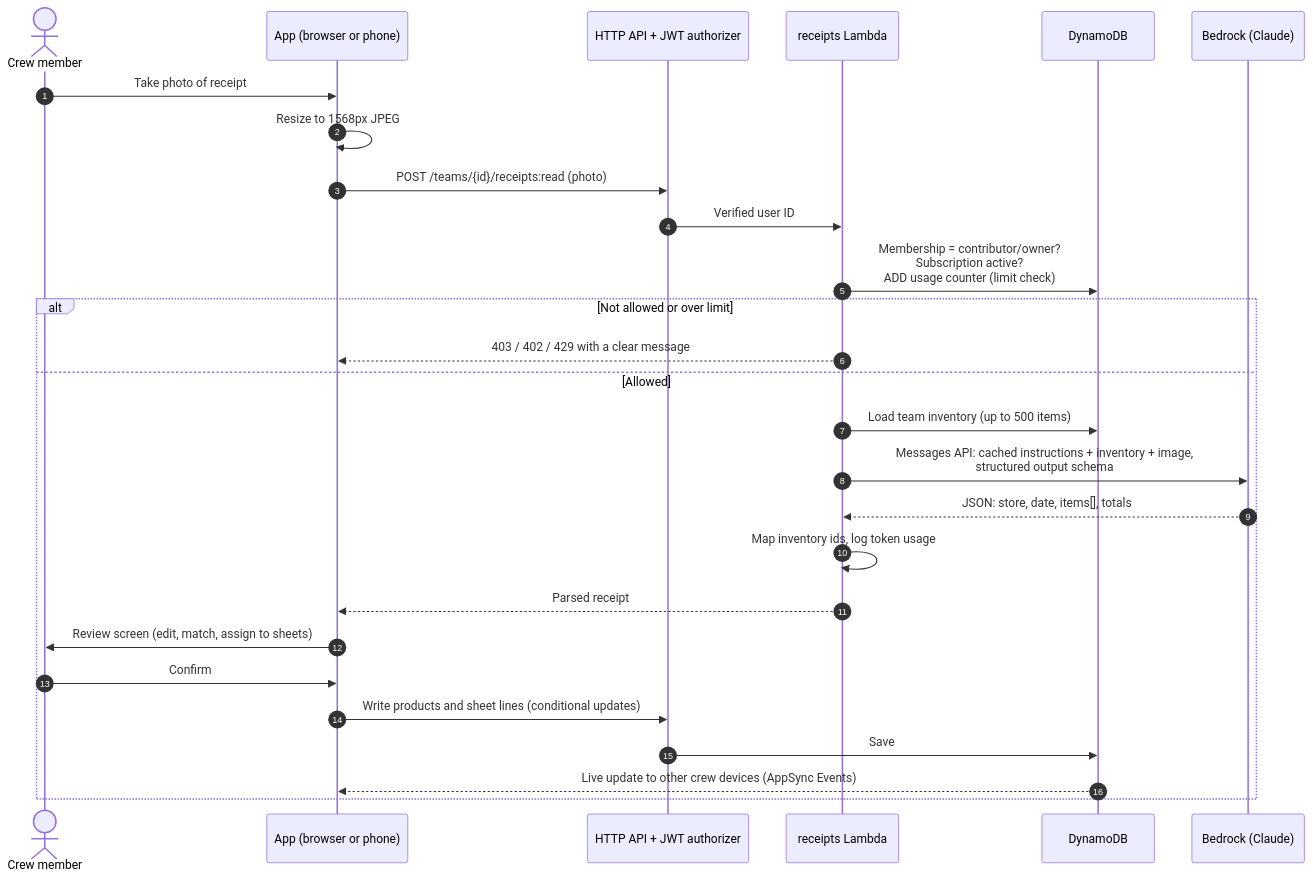
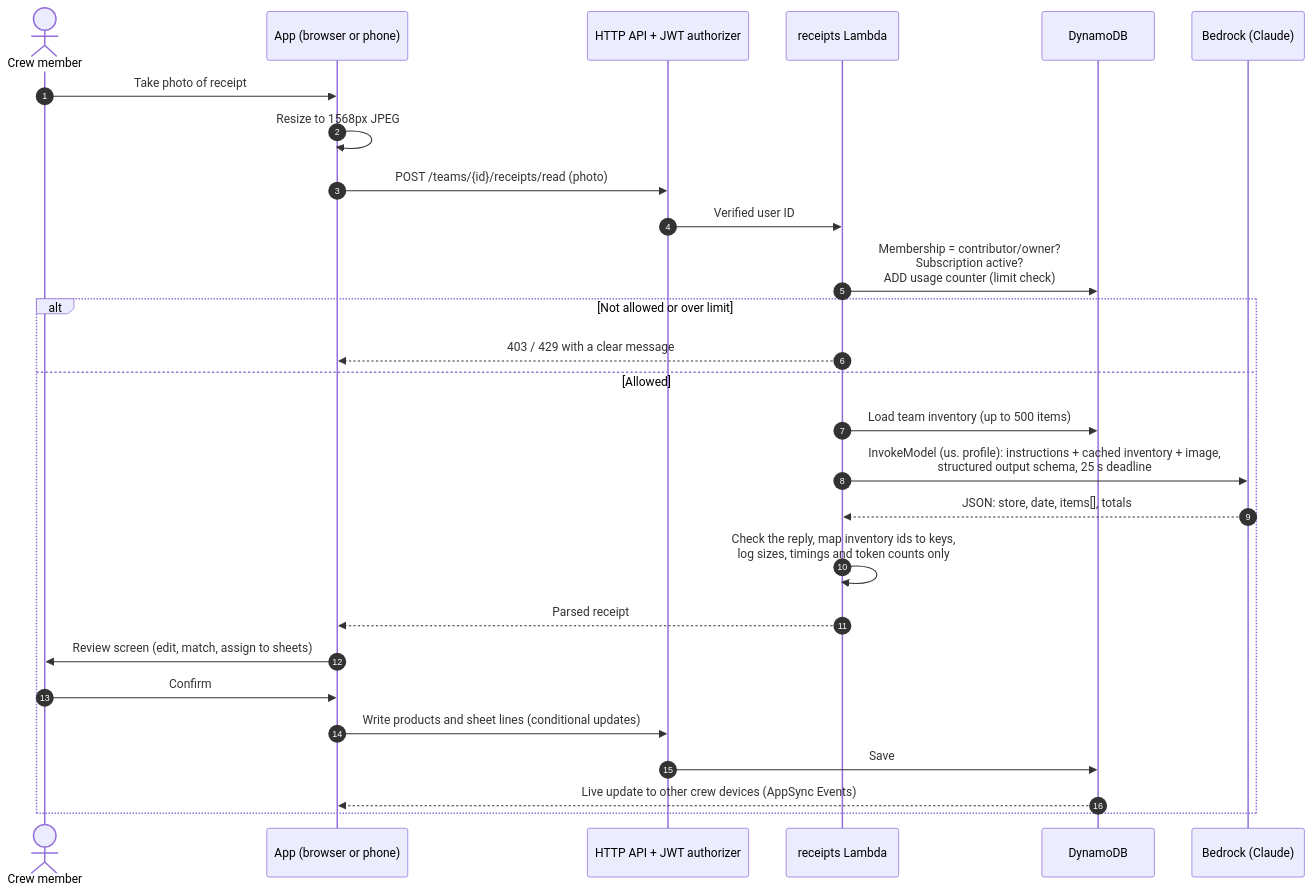
One commit to davetashner/supply-checkout changed the third of 12 diagrams in docs/architecture/README.md. Above: the diagram before and after it, drawn with Mermaid. The commit also changed other lines of this file and 33 other files, not shown here.

First line of the commit message:
feat: read receipts with Claude on Bedrock (receipts endpoint) (#411)

````diff
--- a/docs/architecture/README.md
+++ b/docs/architecture/README.md
@@ -139,30 +139,30 @@
 ```mermaid
 sequenceDiagram
   autonumber
   actor U as Crew member
   participant App as App (browser or phone)
   participant API as HTTP API + JWT authorizer
   participant L as receipts Lambda
   participant DB as DynamoDB
   participant B as Bedrock (Claude)
 
   U->>App: Take photo of receipt
   App->>App: Resize to 1568px JPEG
-  App->>API: POST /teams/{id}/receipts:read (photo)
+  App->>API: POST /teams/{id}/receipts/read (photo)
   API->>L: Verified user ID
   L->>DB: Membership = contributor/owner?<br/>Subscription active?<br/>ADD usage counter (limit check)
   alt Not allowed or over limit
-    L-->>App: 403 / 402 / 429 with a clear message
+    L-->>App: 403 / 429 with a clear message
   else Allowed
     L->>DB: Load team inventory (up to 500 items)
-    L->>B: Messages API: cached instructions + inventory + image,<br/>structured output schema
+    L->>B: InvokeModel (us. profile): instructions + cached inventory + image,<br/>structured output schema, 25 s deadline
     B-->>L: JSON: store, date, items[], totals
-    L->>L: Map inventory ids, log token usage
+    L->>L: Check the reply, map inventory ids to keys,<br/>log sizes, timings and token counts only
     L-->>App: Parsed receipt
     App->>U: Review screen (edit, match, assign to sheets)
     U->>App: Confirm
     App->>API: Write products and sheet lines (conditional updates)
     API->>DB: Save
     DB-->>App: Live update to other crew devices (AppSync Events)
   end
 ```
````
